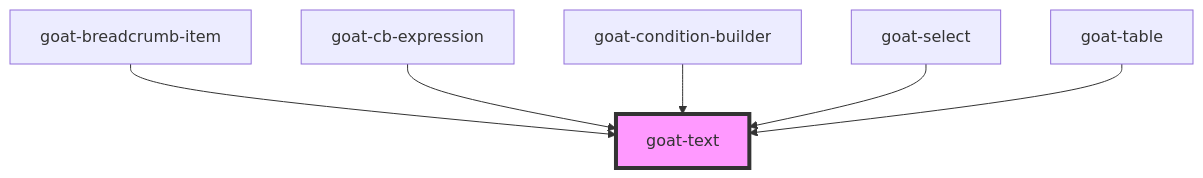
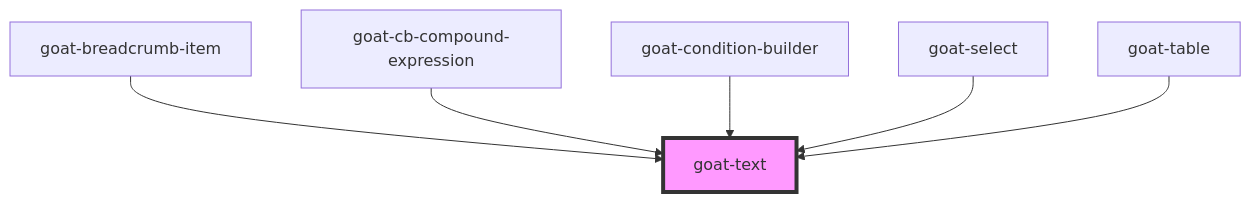
One commit to goatui/components changed the diagram in src/components/general/text/readme.md. Above: the diagram before and after it, drawn with Mermaid. The commit also changed other lines of this file and 32 other files, not shown here.

````diff
--- a/src/components/general/text/readme.md
+++ b/src/components/general/text/readme.md
@@ -32,9 +32,9 @@
 ```mermaid
 graph TD;
   goat-breadcrumb-item --> goat-text
-  goat-cb-expression --> goat-text
+  goat-cb-compound-expression --> goat-text
   goat-condition-builder --> goat-text
   goat-select --> goat-text
   goat-table --> goat-text
   style goat-text fill:#f9f,stroke:#333,stroke-width:4px
 ```
````
